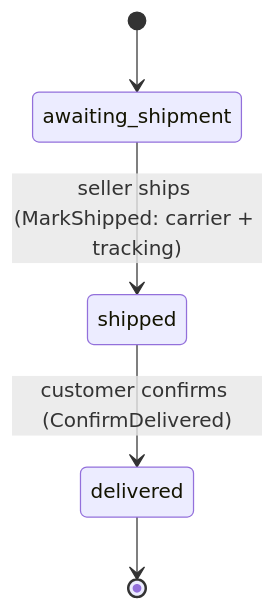
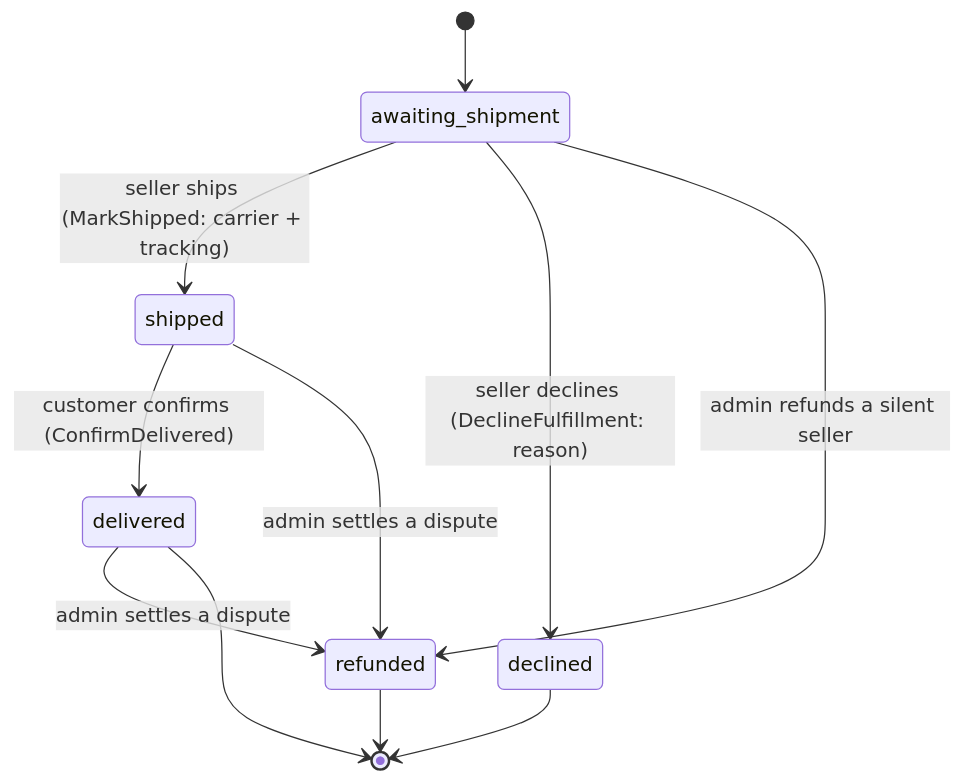
One commit to jonathan-beebe/art-store changed the fourth of 5 diagrams in prototype/php/docs/orders.md. Above: the diagram before and after it, drawn with Mermaid. The commit also changed other lines of this file and 461 other files, not shown here.

````diff
--- a/prototype/php/docs/orders.md
+++ b/prototype/php/docs/orders.md
@@ -90,7 +223,13 @@
 ```mermaid
 stateDiagram-v2
     [*] --> awaiting_shipment
     awaiting_shipment --> shipped : seller ships (MarkShipped: carrier + tracking)
     shipped --> delivered : customer confirms (ConfirmDelivered)
+    awaiting_shipment --> declined : seller declines (DeclineFulfillment: reason)
+    awaiting_shipment --> refunded : admin refunds a silent seller
+    shipped --> refunded : admin settles a dispute
+    delivered --> refunded : admin settles a dispute
     delivered --> [*]
+    declined --> [*]
+    refunded --> [*]
 ```
````
